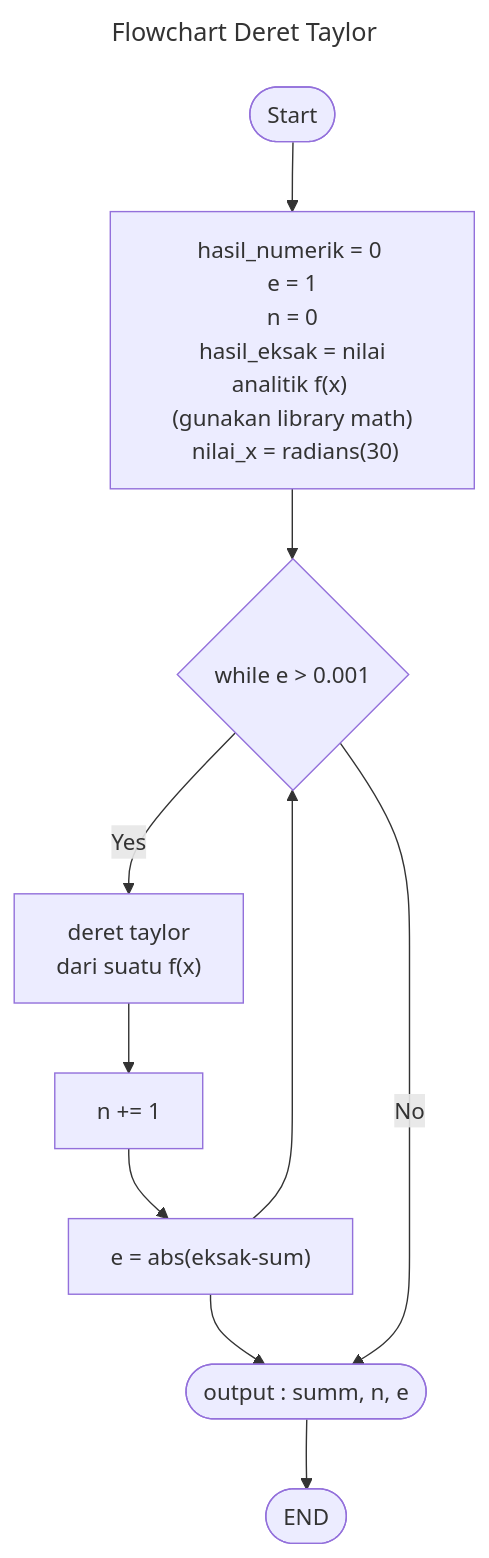
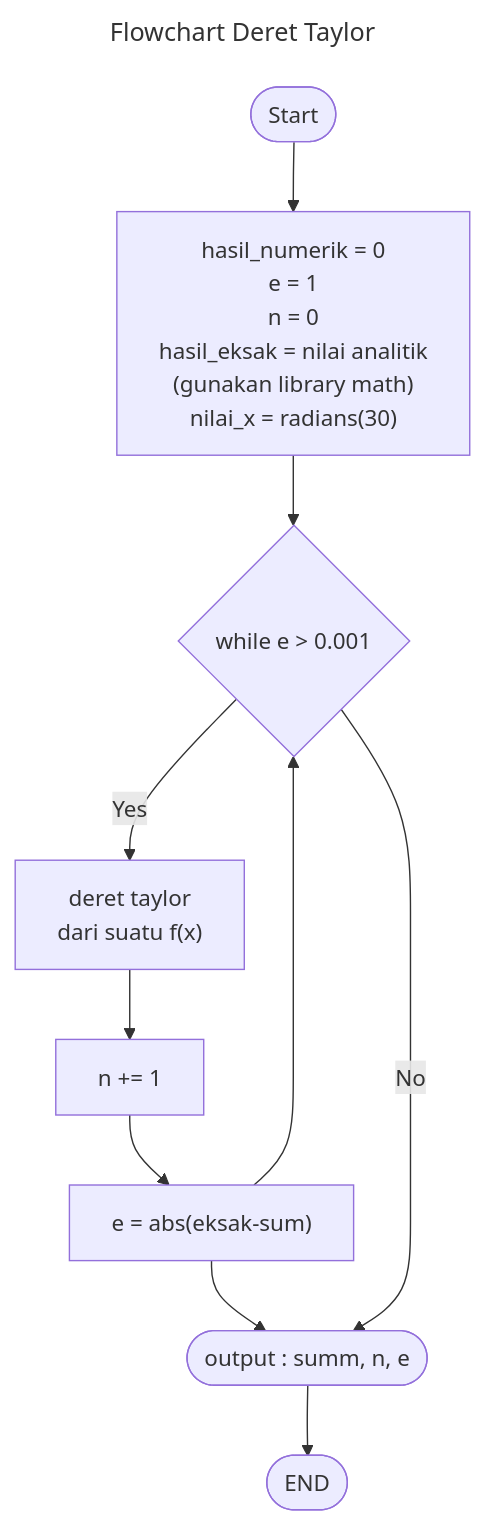
Before and after one commit to aslabkomfis/Komputasi-Numerik-24-25: the diagram in Modul-1/Flowchart-Deret-Taylor.md, drawn with Mermaid.

````diff
--- a/Modul-1/Flowchart-Deret-Taylor.md
+++ b/Modul-1/Flowchart-Deret-Taylor.md
@@ -1,15 +1,15 @@
 ```mermaid
 ---
 title : Flowchart Deret Taylor 
 ---
 flowchart TD
-    A([Start]) --> B["hasil_numerik = 0 <br> e = 1 <br> n = 0 <br> hasil_eksak = nilai analitik f(x) <br> (gunakan library math) <br> nilai_x = radians(30)"]
+    A([Start]) --> B["hasil_numerik = 0 <br> e = 1 <br> n = 0 <br> hasil_eksak = nilai analitik <br> (gunakan library math) <br> nilai_x = radians(30)"]
     B --> D{while e > 0.001 }
     D -->|Yes| E["deret taylor <br> dari suatu f(x)"]
     E --> F["n += 1"]
     F --> G["e = abs(eksak-sum)"]
     G --> H["output : summ, n, e"]
     G --> D
     D -->|No| H(["output : summ, n, e"])
     H --> Z([END])
 ```
````
